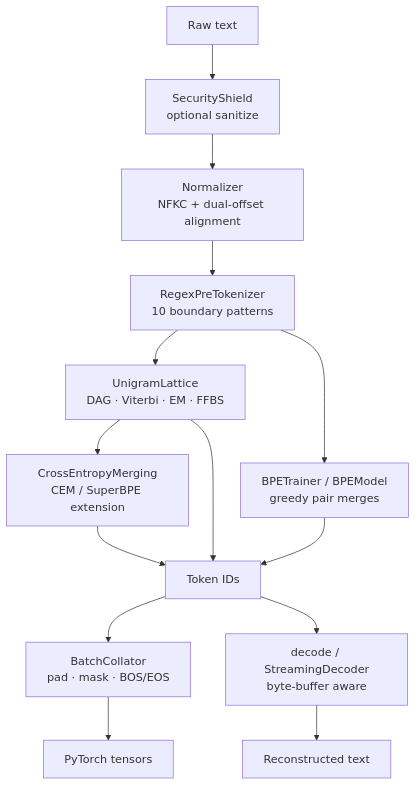
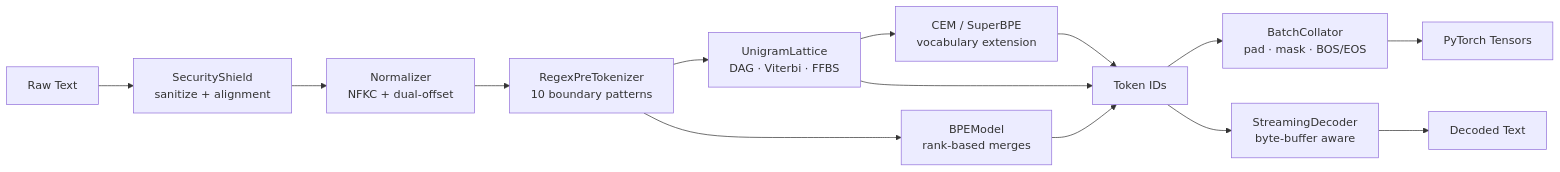
Before and after one commit to DeshikReddy01/UniqToken: the first of 2 diagrams in README.md, drawn with Mermaid. The commit also changed other lines of this file, not shown here.

Commit message:
Professional README: live CI badge, Mermaid architecture & dependency graphs, 12-cell CI matrix table, verified API examples, algorithm citation table, multimodal and benchmark sections

````diff
--- a/README.md
+++ b/README.md
@@ -181,16 +214,16 @@
 ```mermaid
-flowchart TD
-    A[Raw text] --> B[SecurityShield<br/>optional sanitize]
-    B --> C[Normalizer<br/>NFKC + dual-offset alignment]
-    C --> D[RegexPreTokenizer<br/>10 boundary patterns]
-    D --> E1[UnigramLattice<br/>DAG · Viterbi · EM · FFBS]
-    D --> E2[BPETrainer / BPEModel<br/>greedy pair merges]
-    E1 --> F[CrossEntropyMerging<br/>CEM / SuperBPE extension]
-    E1 --> G[Token IDs]
+flowchart LR
+    A["Raw Text"] --> B["SecurityShield<br/>sanitize + alignment"]
+    B --> C["Normalizer<br/>NFKC + dual-offset"]
+    C --> D["RegexPreTokenizer<br/>10 boundary patterns"]
+    D --> E1["UnigramLattice<br/>DAG · Viterbi · FFBS"]
+    D --> E2["BPEModel<br/>rank-based merges"]
+    E1 --> F["CEM / SuperBPE<br/>vocabulary extension"]
+    E1 --> G["Token IDs"]
     E2 --> G
     F --> G
-    G --> H[BatchCollator<br/>pad · mask · BOS/EOS]
-    G --> I[decode / StreamingDecoder<br/>byte-buffer aware]
-    H --> J[PyTorch tensors]
-    I --> K[Reconstructed text]
+    G --> H["BatchCollator<br/>pad · mask · BOS/EOS"]
+    G --> I["StreamingDecoder<br/>byte-buffer aware"]
+    H --> J["PyTorch Tensors"]
+    I --> K["Decoded Text"]
 ```
````
